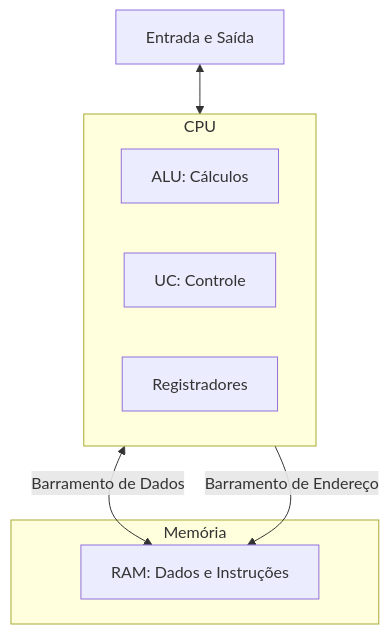
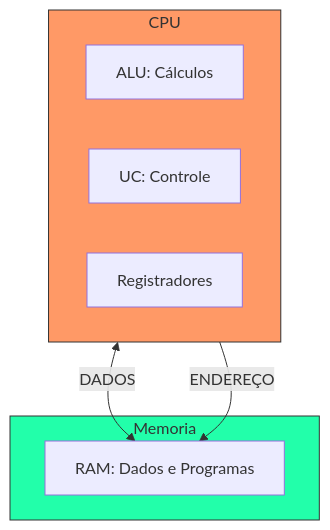
Before and after one commit to ricardotecpro/ads_mod_01_fundamentos_da_computacao: the diagram in docs/aulas/aula-12.md, drawn with Mermaid. The commit also changed other lines of this file and 31 other files, not shown here.

````diff
--- a/docs/aulas/aula-12.md
+++ b/docs/aulas/aula-12.md
@@ -30,16 +21,17 @@
 ```mermaid
 graph TD
     subgraph CPU
-    ALU[ALU: Cálculos]
-    UC[UC: Controle]
-    REG[Registradores]
+    ALU["ALU: Cálculos"]
+    UC["UC: Controle"]
+    REG["Registradores"]
     end
     
-    subgraph Memória
-    RAM[RAM: Dados e Instruções]
+    subgraph Memoria
+    RAM["RAM: Dados e Programas"]
     end
 
-    CPU <-->|Barramento de Dados| RAM
-    CPU -->|Barramento de Endereço| RAM
-    I/O[Entrada e Saída] <--> CPU
+    CPU <-->|"DADOS"| RAM
+    CPU -->|"ENDEREÇO"| RAM
+    style CPU fill:#f96,stroke:#333
+    style Memoria fill:#2fa,stroke:#333
 ```
````
